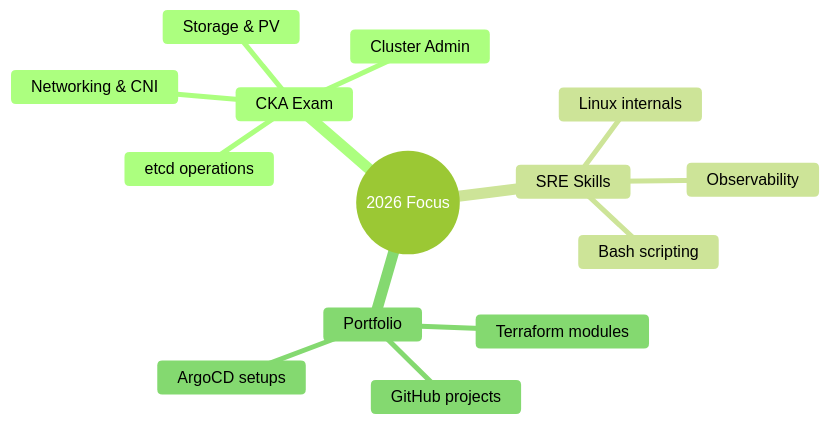
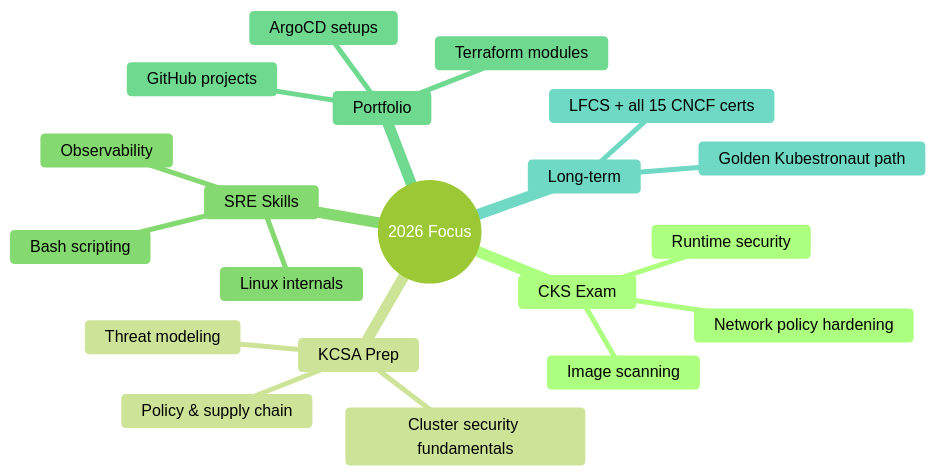
The second of 3 diagrams in README.md (Kuntsuke-hash/Kuntsuke-hash), drawn with Mermaid (forest theme) before and after one commit. The commit also changed other lines of this file, not shown here.

````diff
--- a/README.md
+++ b/README.md
@@ -120,17 +132,23 @@
 ```mermaid
 mindmap
   root((2026 Focus))
-    CKA Exam
-      Networking & CNI
-      Storage & PV
-      Cluster Admin
-      etcd operations
+    CKS Exam
+      Runtime security
+      Network policy hardening
+      Image scanning
+    KCSA Prep
+      Cluster security fundamentals
+      Threat modeling
+      Policy & supply chain
     SRE Skills
       Linux internals
       Observability
       Bash scripting
     Portfolio
       GitHub projects
       Terraform modules
       ArgoCD setups
+    Long-term
+      Golden Kubestronaut path
+      LFCS + all 15 CNCF certs
 ```
````
